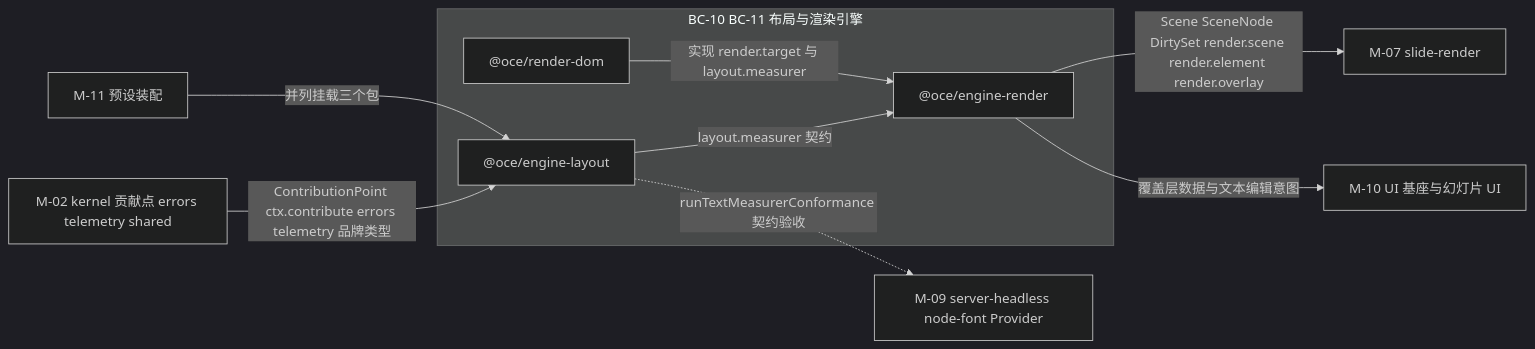
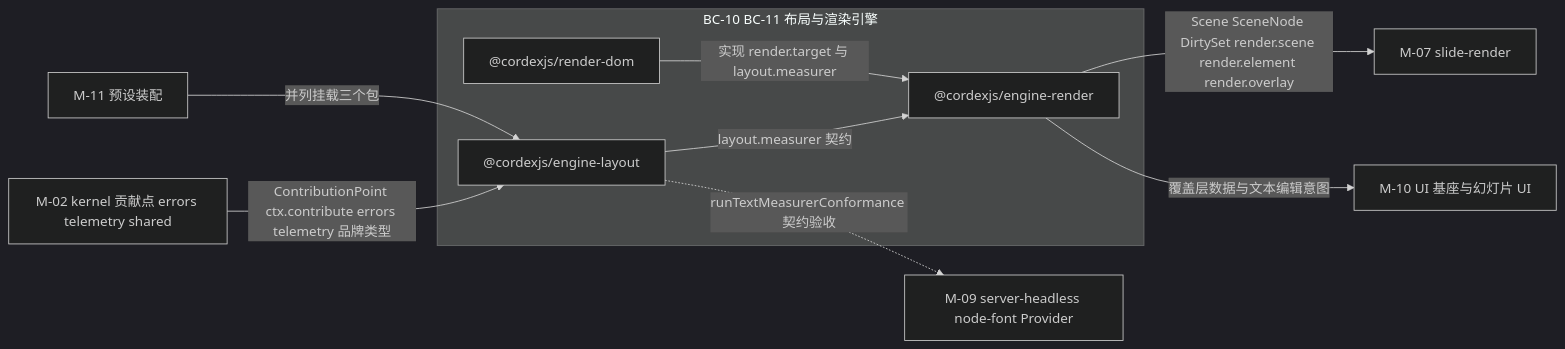
One commit to Xeonice/cordis-ppt-editor changed the first of 5 diagrams in docs/40-modules/06-layout-and-render-engine.md. Above: the diagram before and after it, drawn with Mermaid (dark theme). The commit also changed other lines of this file and 23 other files, not shown here.

````diff
--- a/docs/40-modules/06-layout-and-render-engine.md
+++ b/docs/40-modules/06-layout-and-render-engine.md
@@ -25,20 +25,20 @@
 ```mermaid
 flowchart LR
   m02["M-02 kernel 贡献点 errors telemetry shared"]
   subgraph bc1011["BC-10 BC-11 布局与渲染引擎"]
-    pkgEngineLayout["@oce/engine-layout"]
-    pkgEngineRender["@oce/engine-render"]
-    pkgRenderDom["@oce/render-dom"]
+    pkgEngineLayout["@cordexjs/engine-layout"]
+    pkgEngineRender["@cordexjs/engine-render"]
+    pkgRenderDom["@cordexjs/render-dom"]
   end
   m07["M-07 slide-render"]
   m09["M-09 server-headless node-font Provider"]
   m10["M-10 UI 基座与幻灯片 UI"]
   m11["M-11 预设装配"]
   m02 -- "ContributionPoint ctx.contribute errors telemetry 品牌类型" --> pkgEngineLayout
   pkgEngineLayout -- "layout.measurer 契约" --> pkgEngineRender
   pkgRenderDom -- "实现 render.target 与 layout.measurer" --> pkgEngineRender
   pkgEngineRender -- "Scene SceneNode DirtySet render.scene render.element render.overlay" --> m07
   pkgEngineLayout -. "runTextMeasurerConformance 契约验收" .-> m09
   pkgEngineRender -- "覆盖层数据与文本编辑意图" --> m10
   m11 -- "并列挂载三个包" --> pkgEngineLayout
 ```
````
